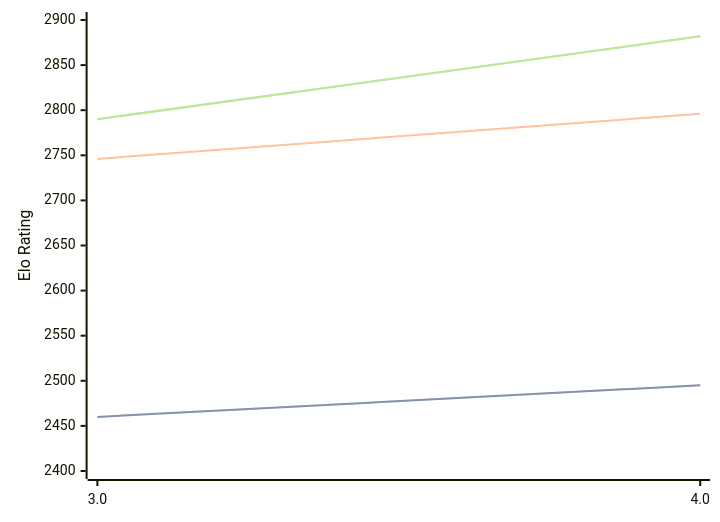
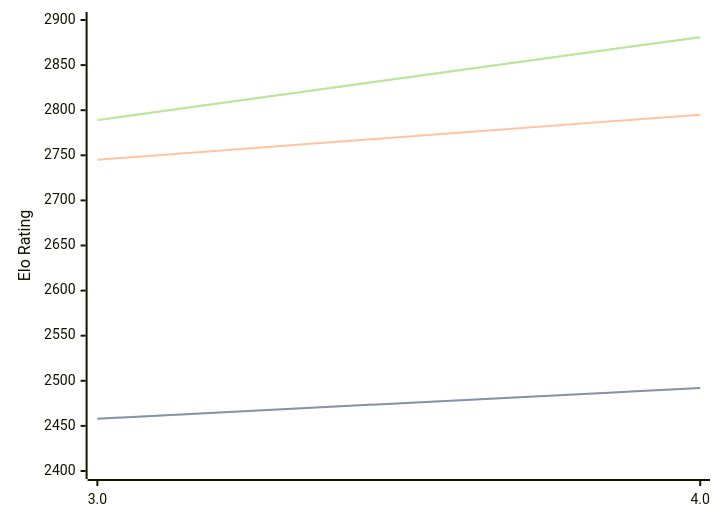
The diagram in engines/Chess3.md (computer-chess-index/cci), drawn with Mermaid before and after one commit. The commit also changed other lines of this file, not shown here.

Commit message:
Update CCI Ratings (ELO VLTC) - 2026-08-11

````diff
--- a/engines/Chess3.md
+++ b/engines/Chess3.md
@@ -32,11 +32,11 @@
 ```mermaid
 %%{init: {"theme":"base","themeVariables":{"seriesColors:['#a3a3a3','#222221','#faa371']}}}%%
 xychart-beta
   x-axis ["3.0", "4.0"]
   y-axis "Elo Rating" 2400 --> 2900
-  line "STC (8.0+0.08s)" [2460, 2495]
-  line "STC (8.0+0.08s)" [2460, 2495]
-  line "LTC (60.0+0.60s)" [2746, 2796]
-  line "VLTC (2m24s+1.12s)" [2790, 2882]
-  line "VLTC (2m24s+1.12s)" [2790, 2882]
+  line "STC (8.0+0.08s)" [2458, 2492]
+  line "STC (8.0+0.08s)" [2458, 2492]
+  line "LTC (60.0+0.60s)" [2745, 2795]
+  line "VLTC (2m24s+1.12s)" [2789, 2881]
+  line "VLTC (2m24s+1.12s)" [2789, 2881]
 ```
````
